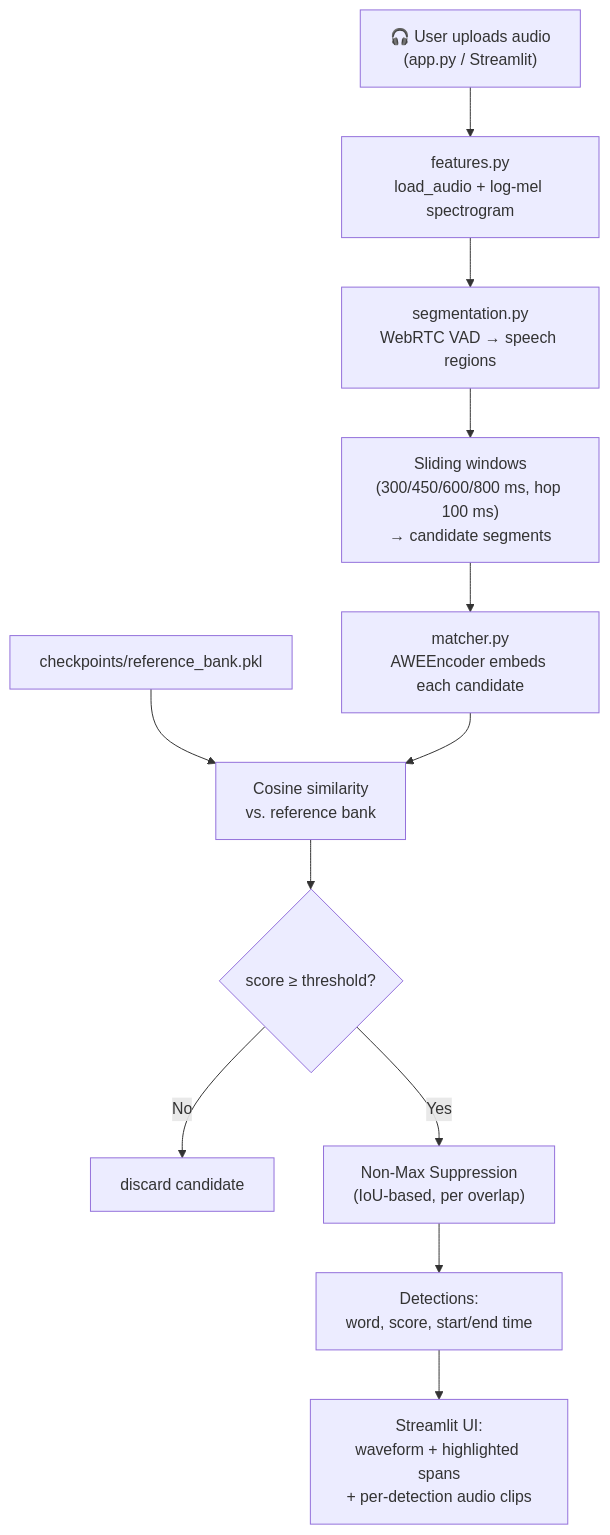
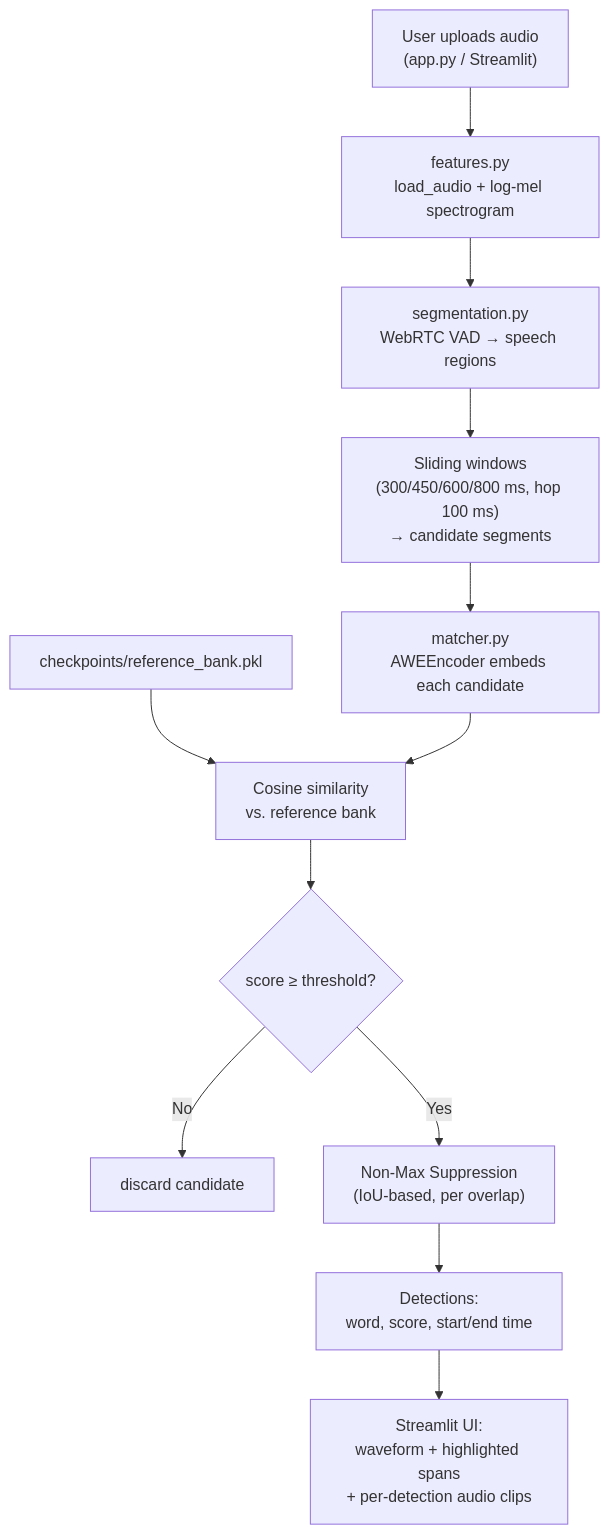
One commit to sjdasadi/nsfw-audio-keyword-spotter changed the second of 4 diagrams in README.md. Above: the diagram before and after it, drawn with Mermaid. The commit also changed other lines of this file, not shown here.

````diff
--- a/README.md
+++ b/README.md
@@ -71,14 +71,14 @@
 ```mermaid
 flowchart TD
-    U["🎧 User uploads audio<br/>(app.py / Streamlit)"] --> L["features.py<br/>load_audio + log-mel spectrogram"]
+    U[" User uploads audio<br/>(app.py / Streamlit)"] --> L["features.py<br/>load_audio + log-mel spectrogram"]
     L --> V["segmentation.py<br/>WebRTC VAD → speech regions"]
     V --> W["Sliding windows<br/>(300/450/600/800 ms, hop 100 ms)<br/>→ candidate segments"]
     W --> EMB["matcher.py<br/>AWEEncoder embeds each candidate"]
     BANK["checkpoints/reference_bank.pkl"] --> SIM
     EMB --> SIM["Cosine similarity<br/>vs. reference bank"]
     SIM --> TH{"score ≥ threshold?"}
     TH -- No --> DROP["discard candidate"]
     TH -- Yes --> NMS["Non-Max Suppression<br/>(IoU-based, per overlap)"]
     NMS --> OUT["Detections:<br/>word, score, start/end time"]
     OUT --> UI["Streamlit UI:<br/>waveform + highlighted spans<br/>+ per-detection audio clips"]
 ```
````
